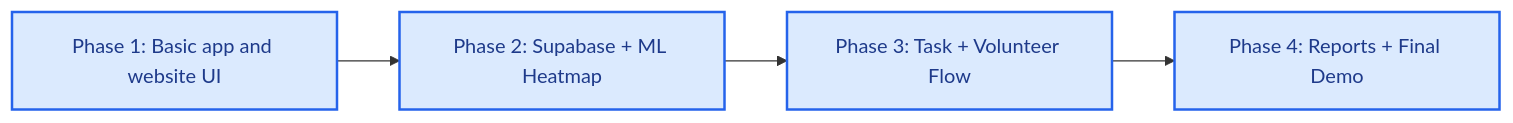
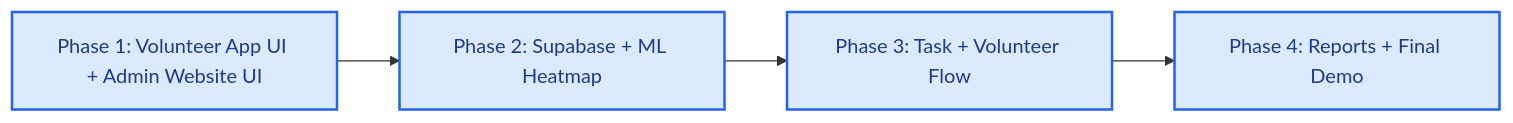
Before and after one commit to anshxgaur/APX-GP: the third of 5 diagrams in frontend/README.md, drawn with Mermaid. The commit also changed other lines of this file, not shown here.

````diff
--- a/frontend/README.md
+++ b/frontend/README.md
@@ -227,12 +225,12 @@
 ```mermaid
 flowchart LR
-    P1["Phase 1: Basic app and website UI"]
+    P1["Phase 1: Volunteer App UI + Admin Website UI"]
     P2["Phase 2: Supabase + ML Heatmap"]
     P3["Phase 3: Task + Volunteer Flow"]
     P4["Phase 4: Reports + Final Demo"]
 
     P1 --> P2 --> P3 --> P4
 
     classDef phase fill:#DBEAFE,stroke:#2563EB,color:#1E3A8A,stroke-width:2px;
     class P1,P2,P3,P4 phase;
 ```
````
